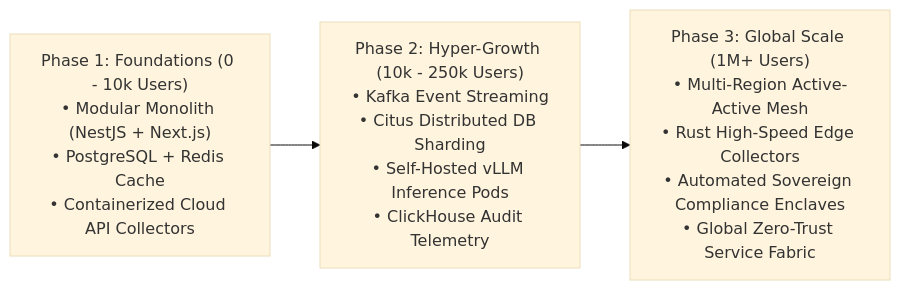
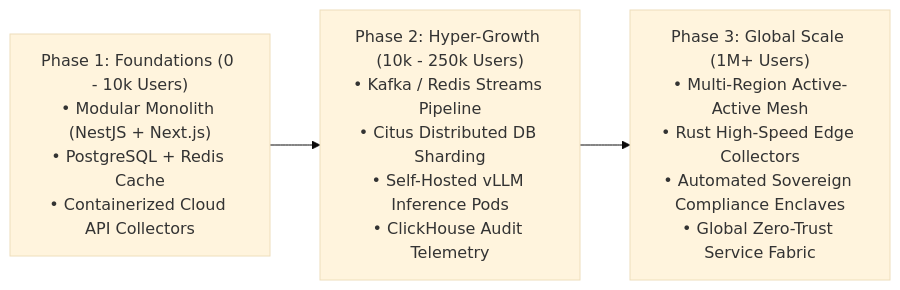
The diagram in docs/DEVELOPER_PROFILE_AND_HYPERSCALE_ARCHITECTURE.md (vimals-blip/Ai-compliance), drawn with Mermaid (base theme) before and after one commit. The commit also changed other lines of this file, not shown here.

Commit message:
docs: expand developer profile with Python, NestJS, Redis, and RAG evaluation architecture

````diff
--- a/docs/DEVELOPER_PROFILE_AND_HYPERSCALE_ARCHITECTURE.md
+++ b/docs/DEVELOPER_PROFILE_AND_HYPERSCALE_ARCHITECTURE.md
@@ -138,5 +180,5 @@
 ```mermaid
 flowchart LR
-    P1["Phase 1: Foundations (0 - 10k Users)<br/>• Modular Monolith (NestJS + Next.js)<br/>• PostgreSQL + Redis Cache<br/>• Containerized Cloud API Collectors"] --> P2["Phase 2: Hyper-Growth (10k - 250k Users)<br/>• Kafka Event Streaming<br/>• Citus Distributed DB Sharding<br/>• Self-Hosted vLLM Inference Pods<br/>• ClickHouse Audit Telemetry"]
+    P1["Phase 1: Foundations (0 - 10k Users)<br/>• Modular Monolith (NestJS + Next.js)<br/>• PostgreSQL + Redis Cache<br/>• Containerized Cloud API Collectors"] --> P2["Phase 2: Hyper-Growth (10k - 250k Users)<br/>• Kafka / Redis Streams Pipeline<br/>• Citus Distributed DB Sharding<br/>• Self-Hosted vLLM Inference Pods<br/>• ClickHouse Audit Telemetry"]
     P2 --> P3["Phase 3: Global Scale (1M+ Users)<br/>• Multi-Region Active-Active Mesh<br/>• Rust High-Speed Edge Collectors<br/>• Automated Sovereign Compliance Enclaves<br/>• Global Zero-Trust Service Fabric"]
 ```
````
